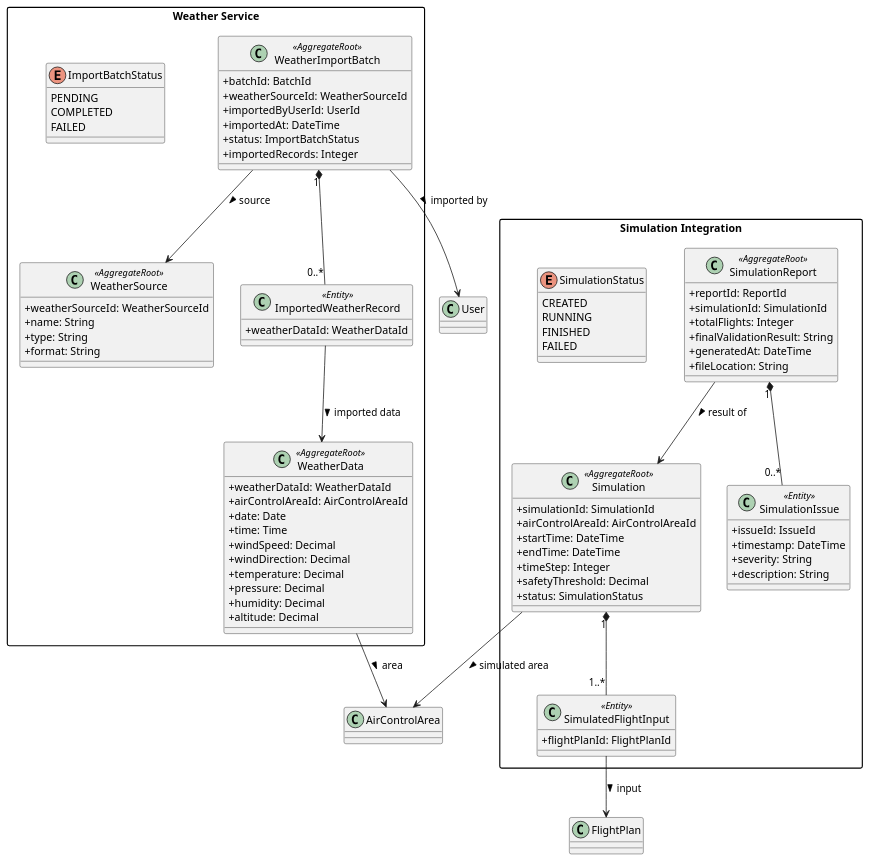
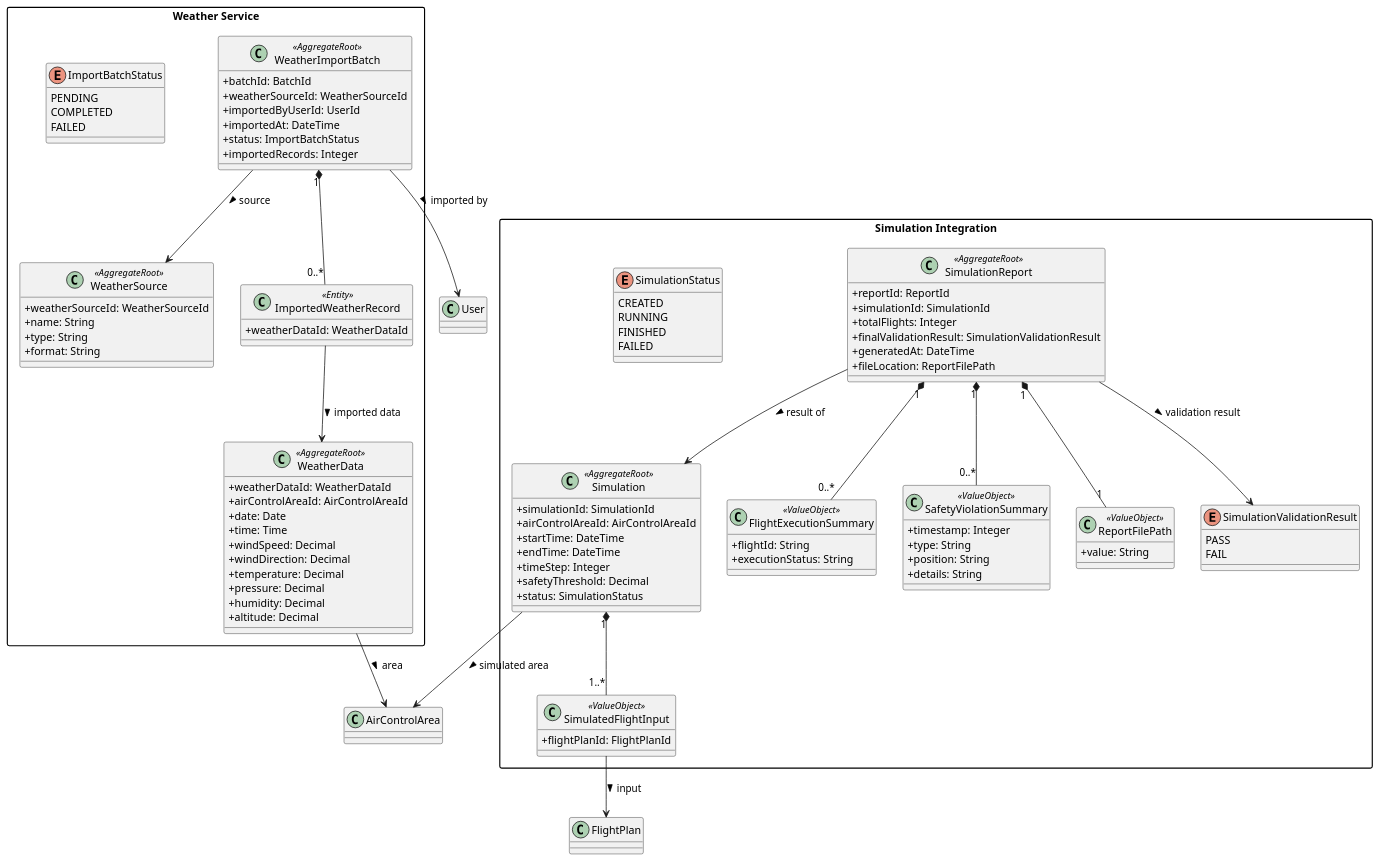
The diagram in docs/US_010/DM-weatherSimulation.puml (goncalolopesp/sem4pi2526-sem4pi2526_2di5), drawn with PlantUML before and after one commit. The commit also changed 33 other files, not shown here.

Commit message:
#110 > Generate a simulation report

```diff
--- a/docs/US_010/DM-weatherSimulation.puml
+++ b/docs/US_010/DM-weatherSimulation.puml
@@ -1,102 +1,119 @@
 @startuml
 skinparam classAttributeIconSize 0
 skinparam shadowing false
 skinparam packageStyle rectangle
 
 package "Weather Service" {
 
   class WeatherSource <<AggregateRoot>> {
     +weatherSourceId: WeatherSourceId
     +name: String
     +type: String
     +format: String
   }
 
   class WeatherImportBatch <<AggregateRoot>> {
     +batchId: BatchId
     +weatherSourceId: WeatherSourceId
     +importedByUserId: UserId
     +importedAt: DateTime
     +status: ImportBatchStatus
     +importedRecords: Integer
   }
 
   class ImportedWeatherRecord <<Entity>> {
     +weatherDataId: WeatherDataId
   }
 
   class WeatherData <<AggregateRoot>> {
     +weatherDataId: WeatherDataId
     +airControlAreaId: AirControlAreaId
     +date: Date
     +time: Time
     +windSpeed: Decimal
     +windDirection: Decimal
     +temperature: Decimal
     +pressure: Decimal
     +humidity: Decimal
     +altitude: Decimal
   }
 
   enum ImportBatchStatus {
     PENDING
     COMPLETED
     FAILED
   }
 }
 
 package "Simulation Integration" {
 
   class Simulation <<AggregateRoot>> {
     +simulationId: SimulationId
     +airControlAreaId: AirControlAreaId
     +startTime: DateTime
     +endTime: DateTime
     +timeStep: Integer
     +safetyThreshold: Decimal
     +status: SimulationStatus
   }
 
-  class SimulatedFlightInput <<Entity>> {
+  class SimulatedFlightInput <<ValueObject>> {
     +flightPlanId: FlightPlanId
   }
 
   class SimulationReport <<AggregateRoot>> {
     +reportId: ReportId
     +simulationId: SimulationId
     +totalFlights: Integer
-    +finalValidationResult: String
+    +finalValidationResult: SimulationValidationResult
     +generatedAt: DateTime
-    +fileLocation: String
+    +fileLocation: ReportFilePath
   }
 
-  class SimulationIssue <<Entity>> {
-    +issueId: IssueId
-    +timestamp: DateTime
-    +severity: String
-    +description: String
+  class FlightExecutionSummary <<ValueObject>> {
+    +flightId: String
+    +executionStatus: String
+  }
+
+  class SafetyViolationSummary <<ValueObject>> {
+    +timestamp: Integer
+    +type: String
+    +position: String
+    +details: String
+  }
+
+  class ReportFilePath <<ValueObject>> {
+    +value: String
+  }
+
+  enum SimulationValidationResult {
+    PASS
+    FAIL
   }
 
   enum SimulationStatus {
     CREATED
     RUNNING
     FINISHED
     FAILED
   }
 }
 
 WeatherImportBatch "1" *-- "0..*" ImportedWeatherRecord
 ImportedWeatherRecord --> WeatherData : imported data >
 
 WeatherImportBatch --> WeatherSource : source >
 WeatherImportBatch --> User : imported by >
 WeatherData --> AirControlArea : area >
 
 Simulation "1" *-- "1..*" SimulatedFlightInput
-SimulationReport "1" *-- "0..*" SimulationIssue
+SimulationReport "1" *-- "0..*" FlightExecutionSummary
+SimulationReport "1" *-- "0..*" SafetyViolationSummary
+SimulationReport "1" *-- "1" ReportFilePath
 
 Simulation --> AirControlArea : simulated area >
 SimulatedFlightInput --> FlightPlan : input >
 SimulationReport --> Simulation : result of >
+SimulationReport --> SimulationValidationResult : validation result >
 
 @enduml
```
